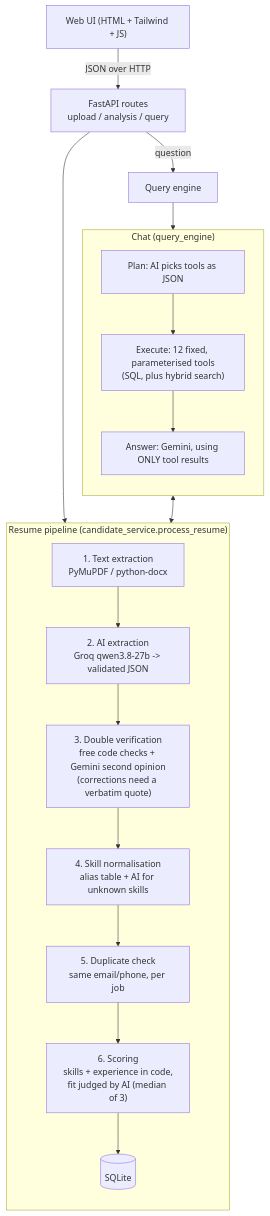
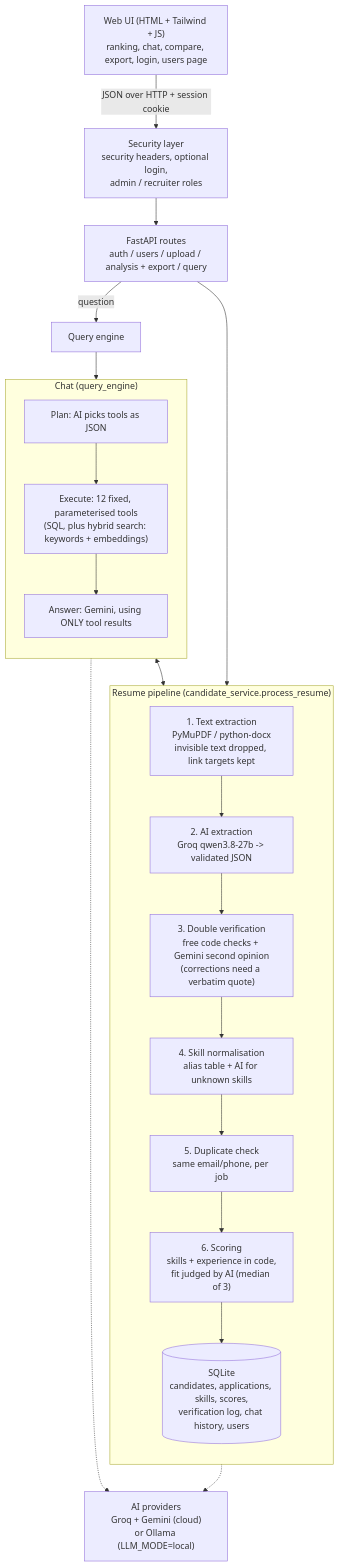
One commit to Malianurag07/recruitment-assessment- changed the diagram in README.md. Above: the diagram before and after it, drawn with Mermaid. The commit also changed other lines of this file, not shown here.

Commit message:
Update architecture diagram: security layer, hidden-text filter, local AI option

````diff
--- a/README.md
+++ b/README.md
@@ -53,24 +53,29 @@
 ```mermaid
 flowchart TD
-    UI["Web UI (HTML + Tailwind + JS)"] -->|JSON over HTTP| API["FastAPI routes<br/>upload / analysis / query"]
+    UI["Web UI (HTML + Tailwind + JS)<br/>ranking, chat, compare, export, login, users page"] -->|JSON over HTTP + session cookie| SEC["Security layer<br/>security headers, optional login,<br/>admin / recruiter roles"]
+    SEC --> API["FastAPI routes<br/>auth / users / upload / analysis + export / query"]
 
     subgraph Pipeline["Resume pipeline (candidate_service.process_resume)"]
         direction TB
-        P1["1. Text extraction<br/>PyMuPDF / python-docx"] --> P2["2. AI extraction<br/>Groq qwen3.8-27b -> validated JSON"]
+        P1["1. Text extraction<br/>PyMuPDF / python-docx<br/>invisible text dropped, link targets kept"] --> P2["2. AI extraction<br/>Groq qwen3.8-27b -> validated JSON"]
         P2 --> P3["3. Double verification<br/>free code checks + Gemini second opinion<br/>(corrections need a verbatim quote)"]
         P3 --> P4["4. Skill normalisation<br/>alias table + AI for unknown skills"]
         P4 --> P5["5. Duplicate check<br/>same email/phone, per job"]
         P5 --> P6["6. Scoring<br/>skills + experience in code,<br/>fit judged by AI (median of 3)"]
-        P6 --> P7[("SQLite")]
+        P6 --> P7[("SQLite<br/>candidates, applications, skills, scores,<br/>verification log, chat history, users")]
     end
 
     API --> Pipeline
     API -->|question| Chat["Query engine"]
     subgraph ChatFlow["Chat (query_engine)"]
         direction TB
-        C1["Plan: AI picks tools as JSON"] --> C2["Execute: 12 fixed, parameterised tools<br/>(SQL, plus hybrid search)"]
+        C1["Plan: AI picks tools as JSON"] --> C2["Execute: 12 fixed, parameterised tools<br/>(SQL, plus hybrid search: keywords + embeddings)"]
         C2 --> C3["Answer: Gemini, using ONLY tool results"]
     end
     Chat --> ChatFlow
     C2 <--> P7
+
+    LLM["AI providers<br/>Groq + Gemini (cloud)<br/>or Ollama (LLM_MODE=local)"]
+    Pipeline -.-> LLM
+    ChatFlow -.-> LLM
 ```
````
